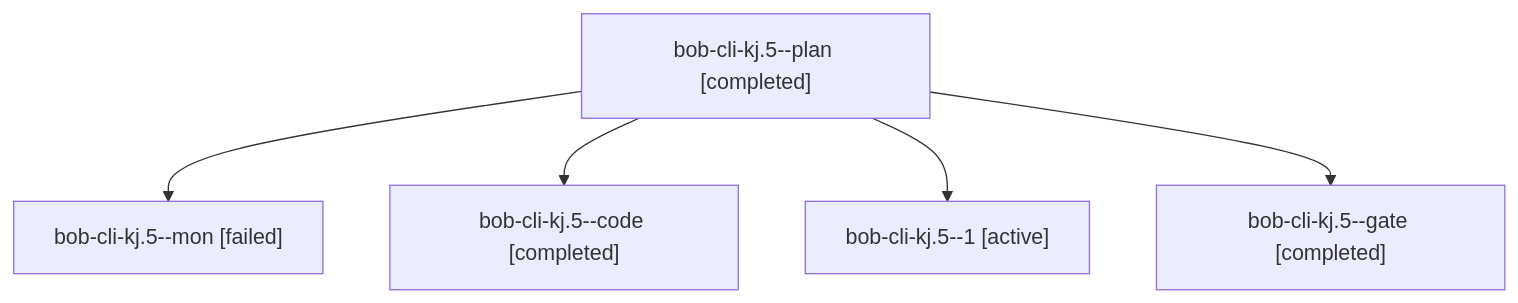
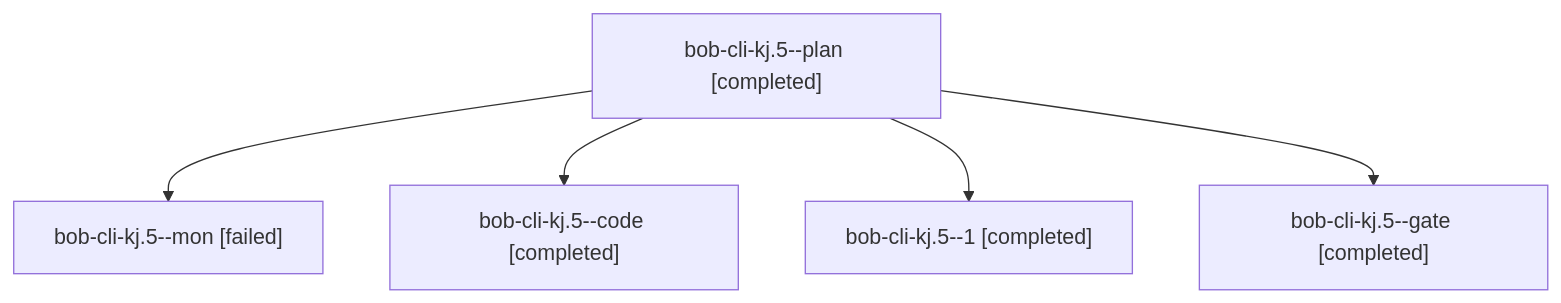
One commit to bobs-org/bob-cli--agents changed the diagram in sessions/bbugyi200.athena.bob-cli-kj.5.md. Above: the diagram before and after it, drawn with Mermaid. The commit also changed other lines of this file and 32 other files, not shown here.

````diff
--- a/sessions/bbugyi200.athena.bob-cli-kj.5.md
+++ b/sessions/bbugyi200.athena.bob-cli-kj.5.md
@@ -9,12 +9,12 @@
 ```mermaid
 flowchart TD
   n0["bob-cli-kj.5--plan [completed]"]
   n1["bob-cli-kj.5--mon [failed]"]
   n0 --> n1
   n2["bob-cli-kj.5--code [completed]"]
   n0 --> n2
-  n3["bob-cli-kj.5--1 [active]"]
+  n3["bob-cli-kj.5--1 [completed]"]
   n0 --> n3
   n4["bob-cli-kj.5--gate [completed]"]
   n0 --> n4
 ```
````
